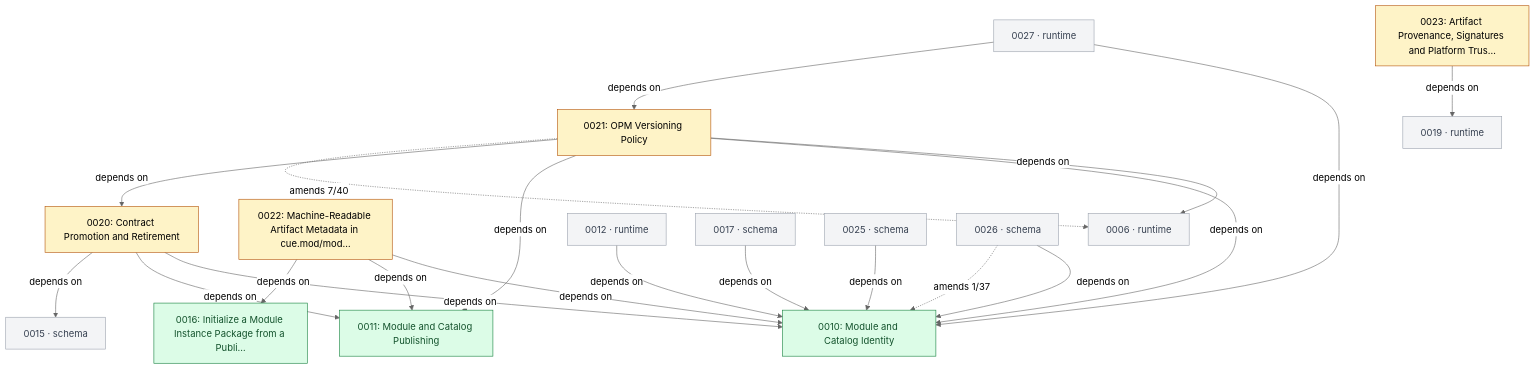
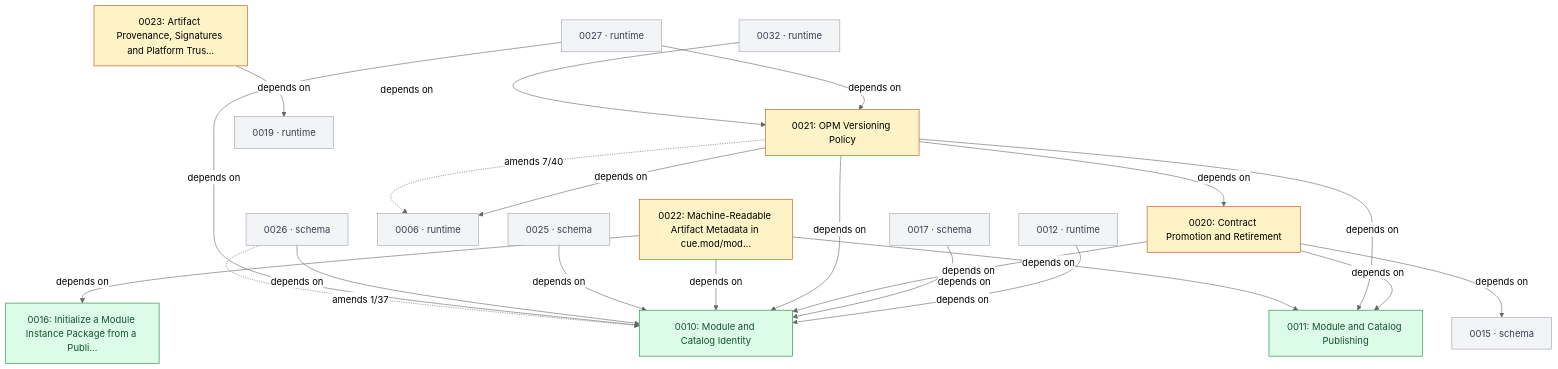
Before and after one commit to open-platform-model/enhancements: the fourth of 6 diagrams in GRAPH.md, drawn with Mermaid (neutral theme). The commit also changed other lines of this file and 16 other files, not shown here.

````diff
--- a/GRAPH.md
+++ b/GRAPH.md
@@ -144,47 +148,49 @@
 ```mermaid
 graph TD
   classDef draft       fill:#fef3c7,stroke:#b45309,color:#000
   classDef accepted    fill:#dbeafe,stroke:#1d4ed8,color:#000
   classDef rejected    fill:#fee2e2,stroke:#b91c1c,color:#7f1d1d,stroke-dasharray:4 2
   classDef superseded  fill:#e5e7eb,stroke:#6b7280,color:#6b7280
   classDef delivered   fill:#dcfce7,stroke:#15803d,color:#14532d
   classDef legacy      fill:#fafafa,stroke:#9ca3af,color:#6b7280,stroke-dasharray:3 3
   classDef stub        fill:#f3f4f6,stroke:#9ca3af,color:#374151
   classDef category    fill:#ede9fe,stroke:#6d28d9,color:#000
 
   N0010["0010: Module and Catalog Identity"]:::delivered
   N0011["0011: Module and Catalog Publishing"]:::delivered
   N0016["0016: Initialize a Module Instance Package from a Publi…"]:::delivered
   N0020["0020: Contract Promotion and Retirement"]:::draft
   N0021["0021: OPM Versioning Policy"]:::draft
   N0022["0022: Machine-Readable Artifact Metadata in cue.mod/mod…"]:::draft
   N0023["0023: Artifact Provenance, Signatures and Platform Trus…"]:::draft
   N0006["0006 · runtime"]:::stub
   N0012["0012 · runtime"]:::stub
   N0015["0015 · schema"]:::stub
   N0017["0017 · schema"]:::stub
   N0019["0019 · runtime"]:::stub
   N0025["0025 · schema"]:::stub
   N0026["0026 · schema"]:::stub
   N0027["0027 · runtime"]:::stub
+  N0032["0032 · runtime"]:::stub
 
   N0012 -->|depends on| N0010
   N0017 -->|depends on| N0010
   N0020 -->|depends on| N0010
   N0020 -->|depends on| N0011
   N0020 -->|depends on| N0015
   N0021 -->|depends on| N0006
   N0021 -->|depends on| N0010
   N0021 -->|depends on| N0011
   N0021 -->|depends on| N0020
   N0022 -->|depends on| N0010
   N0022 -->|depends on| N0011
   N0022 -->|depends on| N0016
   N0023 -->|depends on| N0019
   N0025 -->|depends on| N0010
   N0026 -->|depends on| N0010
   N0027 -->|depends on| N0010
   N0027 -->|depends on| N0021
+  N0032 -->|depends on| N0021
   N0021 -.->|amends 7/40| N0006
   N0026 -.->|amends 1/37| N0010
 ```
````
